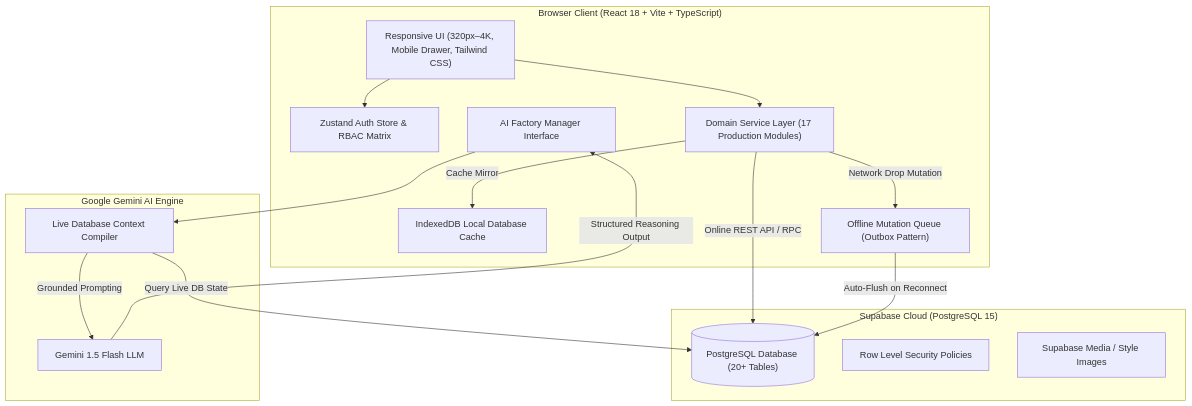
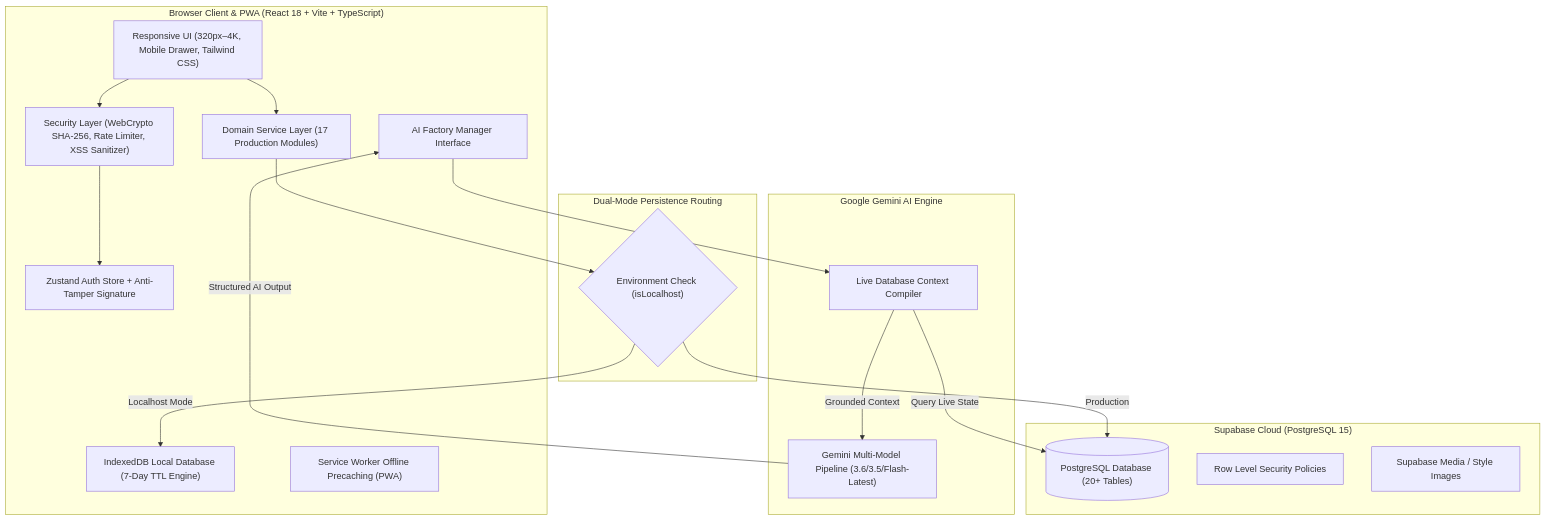
The first of 2 diagrams in ARCHITECTURE.md (kavyakh2005/Factory-AI-Manager), drawn with Mermaid before and after one commit. The commit also changed other lines of this file and 14 other files, not shown here.

Commit message:
feat: implement Google Gemini AI integration, core business data services, and AI Manager page

````diff
--- a/ARCHITECTURE.md
+++ b/ARCHITECTURE.md
@@ -12,33 +13,38 @@
 ```mermaid
 graph TD
-    subgraph Client ["Browser Client (React 18 + Vite + TypeScript)"]
+    subgraph Client ["Browser Client & PWA (React 18 + Vite + TypeScript)"]
         UI["Responsive UI (320px–4K, Mobile Drawer, Tailwind CSS)"]
-        Auth["Zustand Auth Store & RBAC Matrix"]
+        Auth["Zustand Auth Store + Anti-Tamper Signature"]
+        SecLayer["Security Layer (WebCrypto SHA-256, Rate Limiter, XSS Sanitizer)"]
         Services["Domain Service Layer (17 Production Modules)"]
-        LocalCache["IndexedDB Local Database Cache"]
-        Outbox["Offline Mutation Queue (Outbox Pattern)"]
+        LocalCache["IndexedDB Local Database (7-Day TTL Engine)"]
+        PWA["Service Worker Offline Precaching (PWA)"]
         AIShell["AI Factory Manager Interface"]
+    end
+
+    subgraph DualPersistence ["Dual-Mode Persistence Routing"]
+        RouteCheck{"Environment Check (isLocalhost)"}
     end
 
     subgraph Cloud ["Supabase Cloud (PostgreSQL 15)"]
         PostgresDB[("PostgreSQL Database (20+ Tables)")]
         RLS["Row Level Security Policies"]
         Storage["Supabase Media / Style Images"]
     end
 
     subgraph AI ["Google Gemini AI Engine"]
-        GeminiAPI["Gemini 1.5 Flash LLM"]
+        GeminiAPI["Gemini Multi-Model Pipeline (3.6/3.5/Flash-Latest)"]
         RAGContext["Live Database Context Compiler"]
     end
 
-    UI --> Auth
+    UI --> SecLayer
+    SecLayer --> Auth
     UI --> Services
-    Services -->|Online REST API / RPC| PostgresDB
-    Services -->|Cache Mirror| LocalCache
-    Services -->|Network Drop Mutation| Outbox
-    Outbox -->|Auto-Flush on Reconnect| PostgresDB
+    Services --> RouteCheck
+    RouteCheck -->|Production| PostgresDB
+    RouteCheck -->|Localhost Mode| LocalCache
     AIShell --> RAGContext
-    RAGContext -->|Query Live DB State| PostgresDB
-    RAGContext -->|Grounded Prompting| GeminiAPI
-    GeminiAPI -->|Structured Reasoning Output| AIShell
+    RAGContext -->|Query Live State| PostgresDB
+    RAGContext -->|Grounded Context| GeminiAPI
+    GeminiAPI -->|Structured AI Output| AIShell
 ```
````
